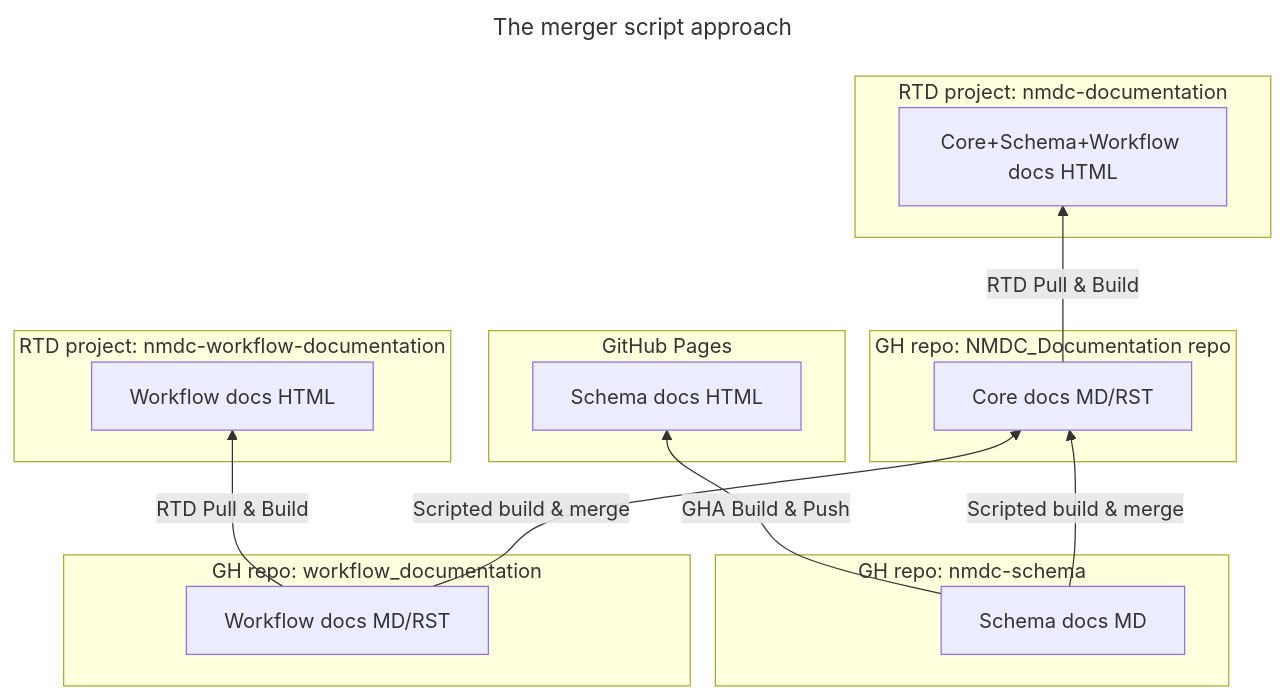
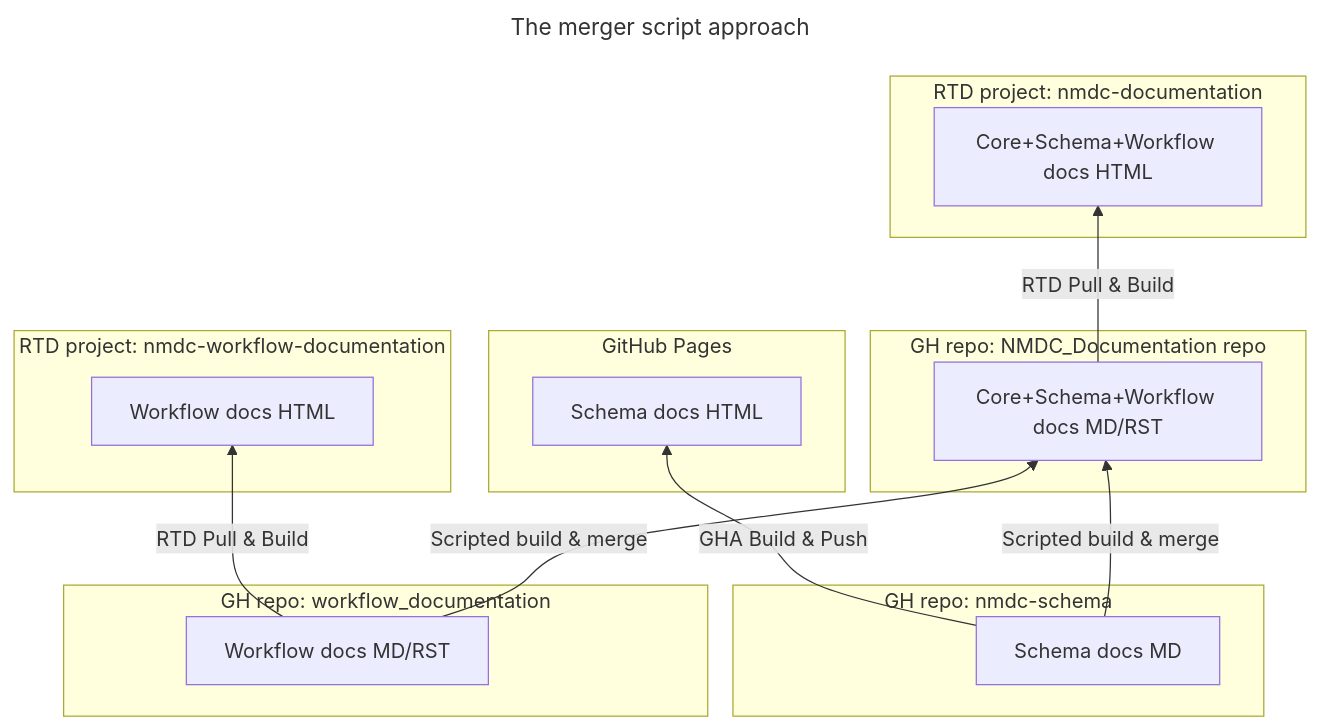
One commit to microbiomedata/issues changed the first of 2 diagrams in decisions/0010-documentation-setup.md. Above: the diagram before and after it, drawn with Mermaid.

Commit message:
Update label in Mermaid chart to emphasize merging of docs

````diff
--- a/decisions/0010-documentation-setup.md
+++ b/decisions/0010-documentation-setup.md
@@ -23,36 +23,36 @@
 ```mermaid
 ---
 title: The merger script approach
 ---
 graph BT;
     subgraph "GH repo: NMDC_Documentation repo"
-        core_doc_src["Core docs MD/RST"]
+        core_doc_src["Core+Schema+Workflow docs MD/RST"]
     end
 
     subgraph "GH repo: nmdc-schema"
         schema_doc_src["Schema docs MD"]
     end
 
     workflow_doc_src --> | RTD Pull & Build | workflow_doc_dist
     schema_doc_src --> | GHA Build & Push | schema_doc_dist
     workflow_doc_src --> | Scripted build & merge | core_doc_src
     schema_doc_src --> | Scripted build & merge | core_doc_src
     
     subgraph "GH repo: workflow_documentation"
         workflow_doc_src["Workflow docs MD/RST"]
     end
 
     subgraph "RTD project: nmdc-workflow-documentation"
         workflow_doc_dist["Workflow docs HTML"]
     end
 
     subgraph "GitHub Pages"
         schema_doc_dist["Schema docs HTML"]
     end
 
     subgraph "RTD project: nmdc-documentation"
         main_doc_dist["Core+Schema+Workflow docs HTML"]
     end
 
     core_doc_src --> | RTD Pull & Build | main_doc_dist
 ```
````
